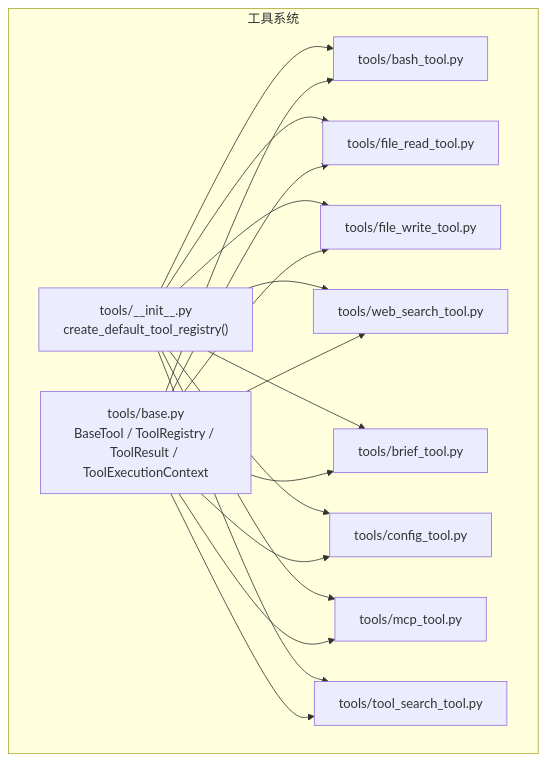
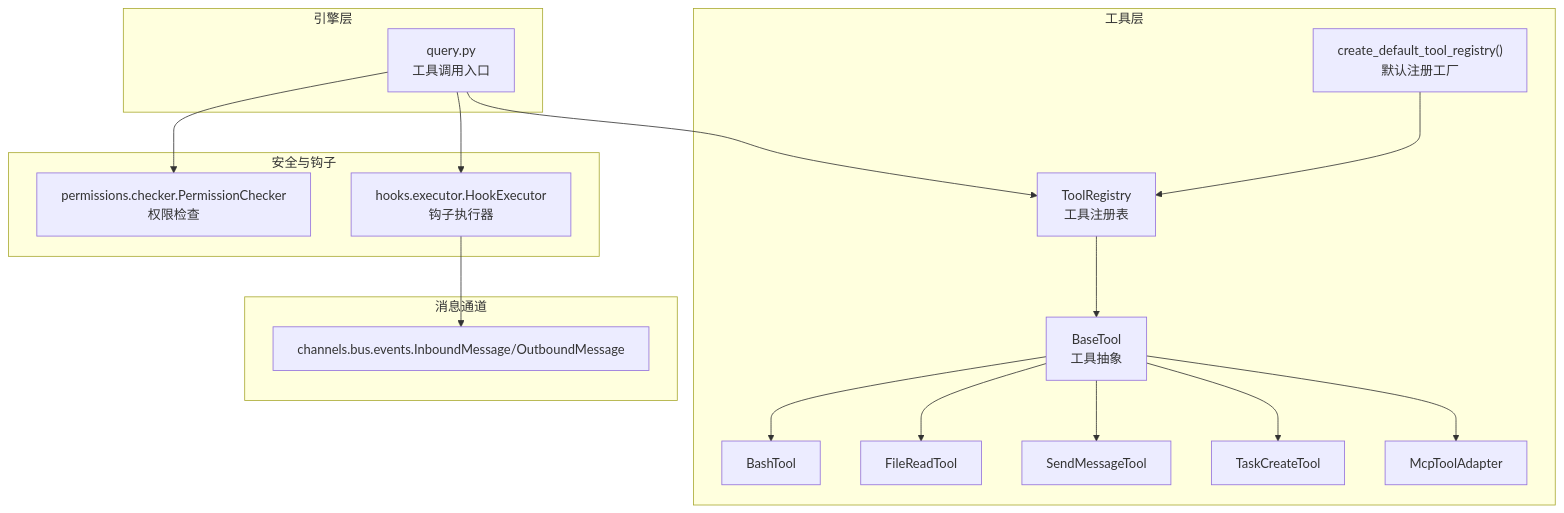
One commit to haolange/OpenHarness changed the first of 8 diagrams in .qoder/repowiki/zh/content/核心概念/工具系统架构.md. Above: the diagram before and after it, drawn with Mermaid. The commit also changed other lines of this file and 222 other files, not shown here.

````diff
--- a/.qoder/repowiki/zh/content/核心概念/工具系统架构.md
+++ b/.qoder/repowiki/zh/content/核心概念/工具系统架构.md
@@ -51,31 +40,34 @@
 ```mermaid
 graph TB
-subgraph "工具系统"
-A["tools/base.py<br/>BaseTool / ToolRegistry / ToolResult / ToolExecutionContext"]
-B["tools/__init__.py<br/>create_default_tool_registry()"]
-C["tools/bash_tool.py"]
-D["tools/file_read_tool.py"]
-E["tools/file_write_tool.py"]
-F["tools/web_search_tool.py"]
-G["tools/brief_tool.py"]
-H["tools/config_tool.py"]
-I["tools/mcp_tool.py"]
-J["tools/tool_search_tool.py"]
+subgraph "工具层"
+BT["BaseTool<br/>工具抽象"]
+TR["ToolRegistry<br/>工具注册表"]
+INIT["create_default_tool_registry()<br/>默认注册工厂"]
+BASH["BashTool"]
+READF["FileReadTool"]
+SEND["SendMessageTool"]
+TASK["TaskCreateTool"]
+MCPAD["McpToolAdapter"]
 end
-B --> C
-B --> D
-B --> E
-B --> F
-B --> G
-B --> H
-B --> I
-B --> J
-A --> C
-A --> D
-A --> E
-A --> F
-A --> G
-A --> H
-A --> I
-A --> J
+subgraph "引擎层"
+QRY["query.py<br/>工具调用入口"]
+end
+subgraph "安全与钩子"
+PERM["permissions.checker.PermissionChecker<br/>权限检查"]
+HKEX["hooks.executor.HookExecutor<br/>钩子执行器"]
+end
+subgraph "消息通道"
+EVT["channels.bus.events.InboundMessage/OutboundMessage"]
+end
+QRY --> PERM
+QRY --> HKEX
+QRY --> TR
+TR --> BT
+INIT --> TR
+BT --> BASH
+BT --> READF
+BT --> SEND
+BT --> TASK
+BT --> MCPAD
+HKEX --> EVT
 ```
````
